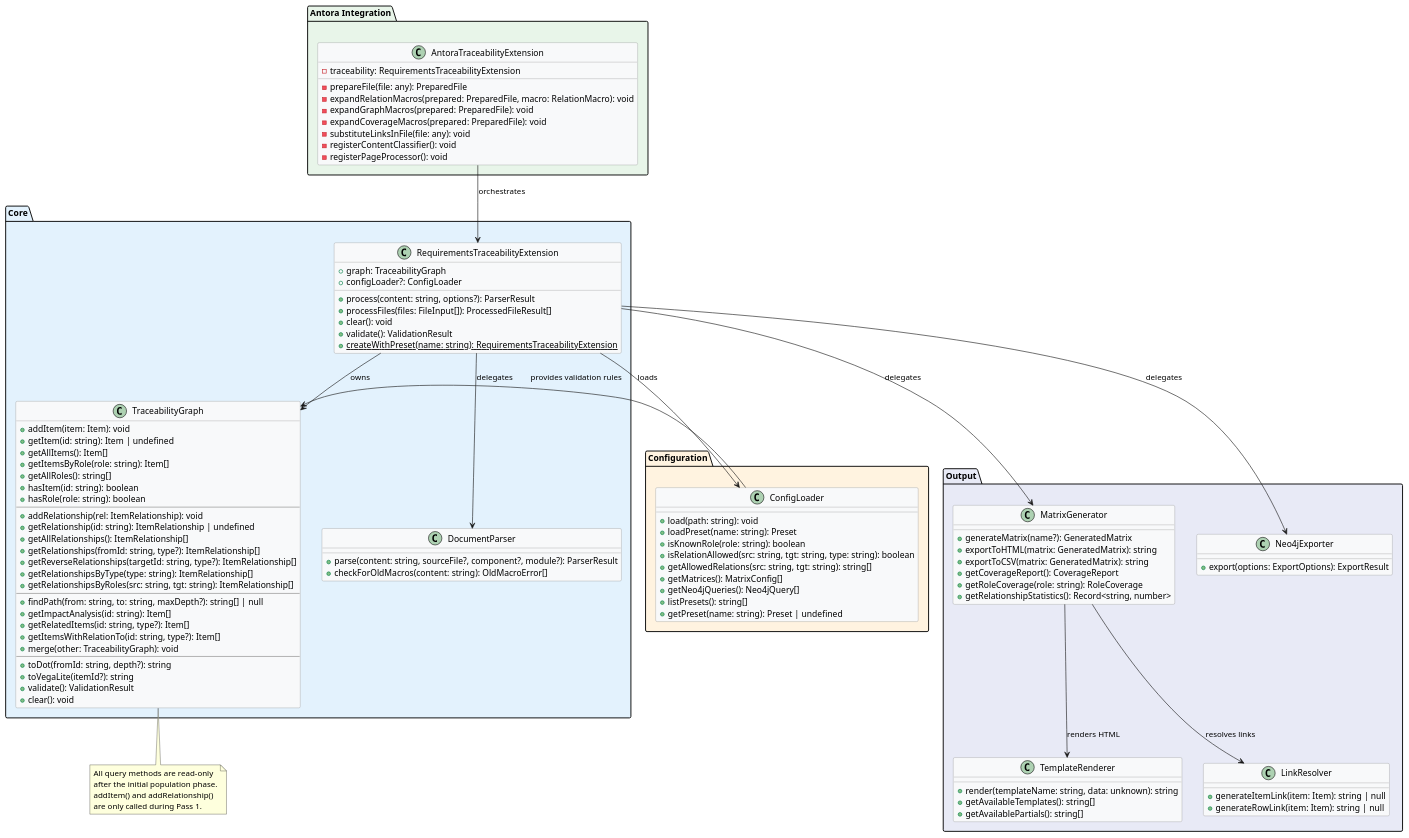
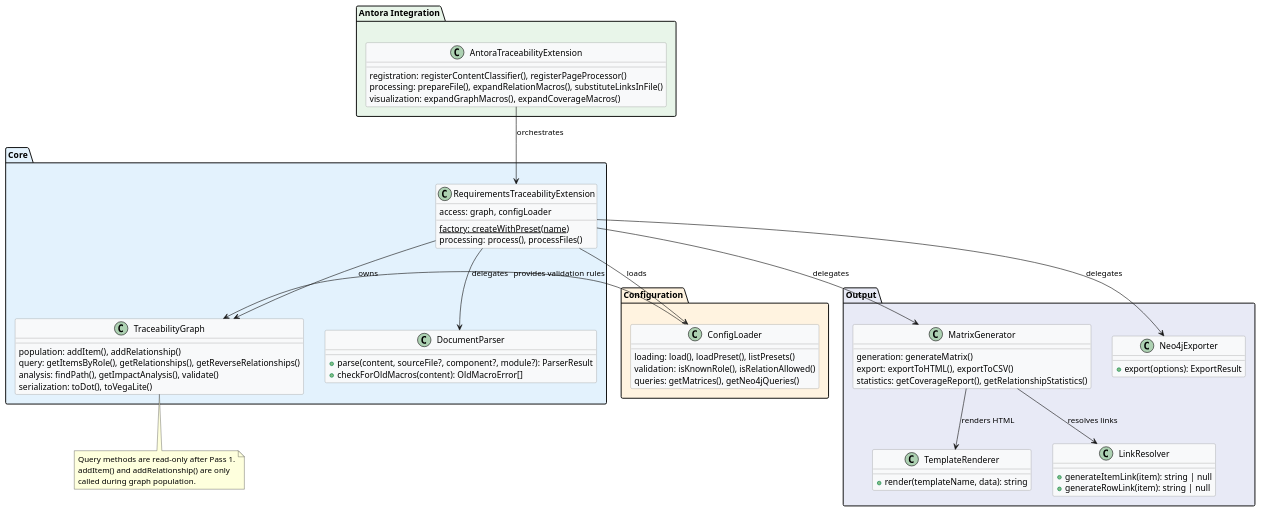
Before and after one commit to rattermeyer/antora-tracer: the diagram in examples/component-one/modules/ROOT/examples/api-overview.puml, drawn with PlantUML. The commit also changed 6 other files, not shown here.

First line of the commit message:
chore(diagrams): apply architecture diagram improvements

```diff
--- a/examples/component-one/modules/ROOT/examples/api-overview.puml
+++ b/examples/component-one/modules/ROOT/examples/api-overview.puml
@@ -1,126 +1,84 @@
 @startuml
-' Public API — key interfaces and their method signatures
+' Public API — class structure and key method groups
 ' Grouped by package: Core, Configuration, Output, Antora Integration
+' Full method signatures: see API reference
 
 skinparam classBackgroundColor #F8F9FA
 skinparam classBorderColor #888888
 skinparam packageBackgroundColor #FAFAFA
 
 package "Core" #E3F2FD {
   class TraceabilityGraph {
-    + addItem(item: Item): void
-    + getItem(id: string): Item | undefined
-    + getAllItems(): Item[]
-    + getItemsByRole(role: string): Item[]
-    + getAllRoles(): string[]
-    + hasItem(id: string): boolean
-    + hasRole(role: string): boolean
-    --
-    + addRelationship(rel: ItemRelationship): void
-    + getRelationship(id: string): ItemRelationship | undefined
-    + getAllRelationships(): ItemRelationship[]
-    + getRelationships(fromId: string, type?): ItemRelationship[]
-    + getReverseRelationships(targetId: string, type?): ItemRelationship[]
-    + getRelationshipsByType(type: string): ItemRelationship[]
-    + getRelationshipsByRoles(src: string, tgt: string): ItemRelationship[]
-    --
-    + findPath(from: string, to: string, maxDepth?): string[] | null
-    + getImpactAnalysis(id: string): Item[]
-    + getRelatedItems(id: string, type?): Item[]
-    + getItemsWithRelationTo(id: string, type?): Item[]
-    + merge(other: TraceabilityGraph): void
-    --
-    + toDot(fromId: string, depth?): string
-    + toVegaLite(itemId?): string
-    + validate(): ValidationResult
-    + clear(): void
+    population: addItem(), addRelationship()
+    query: getItemsByRole(), getRelationships(), getReverseRelationships()
+    analysis: findPath(), getImpactAnalysis(), validate()
+    serialization: toDot(), toVegaLite()
   }
 
   class DocumentParser {
-    + parse(content: string, sourceFile?, component?, module?): ParserResult
-    + checkForOldMacros(content: string): OldMacroError[]
+    + parse(content, sourceFile?, component?, module?): ParserResult
+    + checkForOldMacros(content): OldMacroError[]
   }
 
   class RequirementsTraceabilityExtension {
-    + graph: TraceabilityGraph
-    + configLoader?: ConfigLoader
-    + process(content: string, options?): ParserResult
-    + processFiles(files: FileInput[]): ProcessedFileResult[]
-    + clear(): void
-    + validate(): ValidationResult
-    + {static} createWithPreset(name: string): RequirementsTraceabilityExtension
+    factory: {static} createWithPreset(name)
+    processing: process(), processFiles()
+    access: graph, configLoader
   }
 }
 
 package "Configuration" #FFF3E0 {
   class ConfigLoader {
-    + load(path: string): void
-    + loadPreset(name: string): Preset
-    + isKnownRole(role: string): boolean
-    + isRelationAllowed(src: string, tgt: string, type: string): boolean
-    + getAllowedRelations(src: string, tgt: string): string[]
-    + getMatrices(): MatrixConfig[]
-    + getNeo4jQueries(): Neo4jQuery[]
-    + listPresets(): string[]
-    + getPreset(name: string): Preset | undefined
+    loading: load(), loadPreset(), listPresets()
+    validation: isKnownRole(), isRelationAllowed()
+    queries: getMatrices(), getNeo4jQueries()
   }
 }
 
 package "Output" #E8EAF6 {
   class MatrixGenerator {
-    + generateMatrix(name?): GeneratedMatrix
-    + exportToHTML(matrix: GeneratedMatrix): string
-    + exportToCSV(matrix: GeneratedMatrix): string
-    + getCoverageReport(): CoverageReport
-    + getRoleCoverage(role: string): RoleCoverage
-    + getRelationshipStatistics(): Record<string, number>
+    generation: generateMatrix()
+    export: exportToHTML(), exportToCSV()
+    statistics: getCoverageReport(), getRelationshipStatistics()
   }
 
   class TemplateRenderer {
-    + render(templateName: string, data: unknown): string
-    + getAvailableTemplates(): string[]
-    + getAvailablePartials(): string[]
+    + render(templateName, data): string
   }
 
   class LinkResolver {
-    + generateItemLink(item: Item): string | null
-    + generateRowLink(item: Item): string | null
+    + generateItemLink(item): string | null
+    + generateRowLink(item): string | null
   }
 
   class Neo4jExporter {
-    + export(options: ExportOptions): ExportResult
+    + export(options): ExportResult
   }
 }
 
 package "Antora Integration" #E8F5E9 {
   class AntoraTraceabilityExtension {
-    - traceability: RequirementsTraceabilityExtension
-    - prepareFile(file: any): PreparedFile
-    - expandRelationMacros(prepared: PreparedFile, macro: RelationMacro): void
-    - expandGraphMacros(prepared: PreparedFile): void
-    - expandCoverageMacros(prepared: PreparedFile): void
-    - substituteLinksInFile(file: any): void
-    - registerContentClassifier(): void
-    - registerPageProcessor(): void
+    registration: registerContentClassifier(), registerPageProcessor()
+    processing: prepareFile(), expandRelationMacros(), substituteLinksInFile()
+    visualization: expandGraphMacros(), expandCoverageMacros()
   }
 }
 
 ' Dependencies
 RequirementsTraceabilityExtension --> TraceabilityGraph : owns
 RequirementsTraceabilityExtension --> DocumentParser : delegates
 RequirementsTraceabilityExtension --> ConfigLoader : loads
 RequirementsTraceabilityExtension --> MatrixGenerator : delegates
 RequirementsTraceabilityExtension --> Neo4jExporter : delegates
 AntoraTraceabilityExtension --> RequirementsTraceabilityExtension : orchestrates
 MatrixGenerator --> TemplateRenderer : renders HTML
 MatrixGenerator --> LinkResolver : resolves links
 ConfigLoader --> TraceabilityGraph : provides validation rules
 
 note bottom of TraceabilityGraph
-  All query methods are read-only
-  after the initial population phase.
-  addItem() and addRelationship()
-  are only called during Pass 1.
+  Query methods are read-only after Pass 1.
+  addItem() and addRelationship() are only
+  called during graph population.
 end note
 
 @enduml
```
